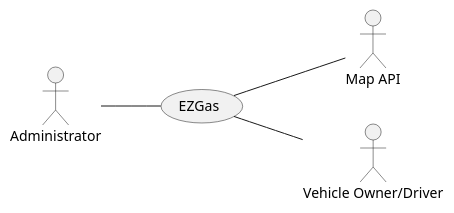
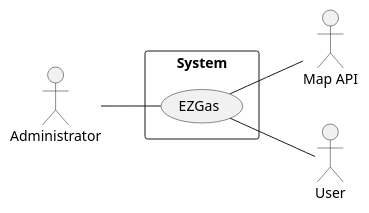
The first of 3 diagrams in docs/RequirementsDocument.md (SE2-group4/SE1-project), drawn with PlantUML before and after one commit. The commit also changed other lines of this file, not shown here.

````diff
--- a/docs/RequirementsDocument.md
+++ b/docs/RequirementsDocument.md
@@ -41,13 +53,11 @@
 ```plantuml
-@startuml
-
 left to right direction
 actor "Administrator" as a
 actor "Map API" as c
-actor "Vehicle Owner/Driver" as d
-a -- (EZGas) 
-(EZGas) -- c
-(EZGas) -- d
-
-@enduml
+actor "User" as d
+rectangle System{
+	a -- (EZGas)
+	(EZGas) -- c
+	(EZGas) -- d
+}
 ```
````
